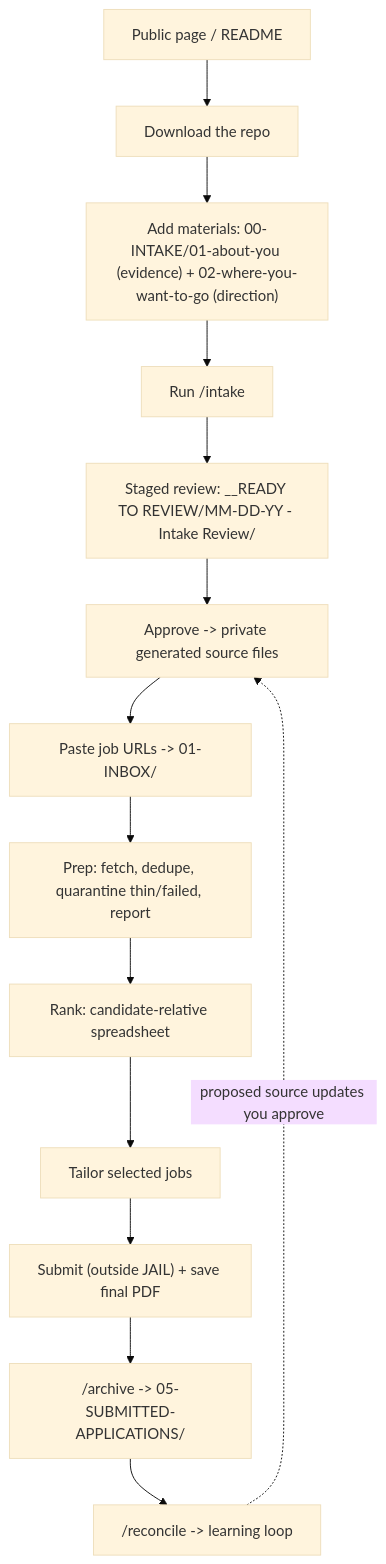
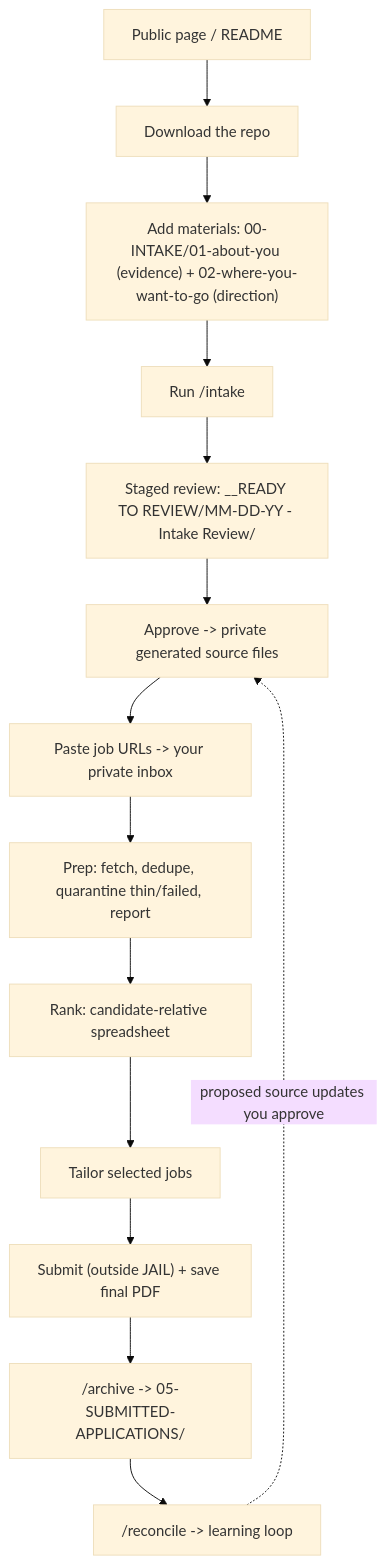
The diagram in docs/v2-end-to-end-workflow.md (redheadjessica/job-application-intelligence-layer), drawn with Mermaid (base theme) before and after one commit. The commit also changed other lines of this file and 10 other files, not shown here.

First line of the commit message:
Restructure 01-INBOX into ENGINE/PRIVATE roots

````diff
--- a/docs/v2-end-to-end-workflow.md
+++ b/docs/v2-end-to-end-workflow.md
@@ -83,16 +83,16 @@
 ```mermaid
 flowchart TD
   P["Public page / README"] --> DL["Download the repo"]
   DL --> M["Add materials: 00-INTAKE/01-about-you (evidence) + 02-where-you-want-to-go (direction)"]
   M --> IN["Run /intake"]
   IN --> SR["Staged review: __READY TO REVIEW/MM-DD-YY - Intake Review/"]
   SR --> AP["Approve -> private generated source files"]
-  AP --> URL["Paste job URLs -> 01-INBOX/"]
+  AP --> URL["Paste job URLs -> your private inbox"]
   URL --> PR["Prep: fetch, dedupe, quarantine thin/failed, report"]
   PR --> RK["Rank: candidate-relative spreadsheet"]
   RK --> TL["Tailor selected jobs"]
   TL --> SUB["Submit (outside JAIL) + save final PDF"]
   SUB --> AR["/archive -> 05-SUBMITTED-APPLICATIONS/"]
   AR --> RC["/reconcile -> learning loop"]
   RC -. "proposed source updates you approve" .-> AP
 ```
````
